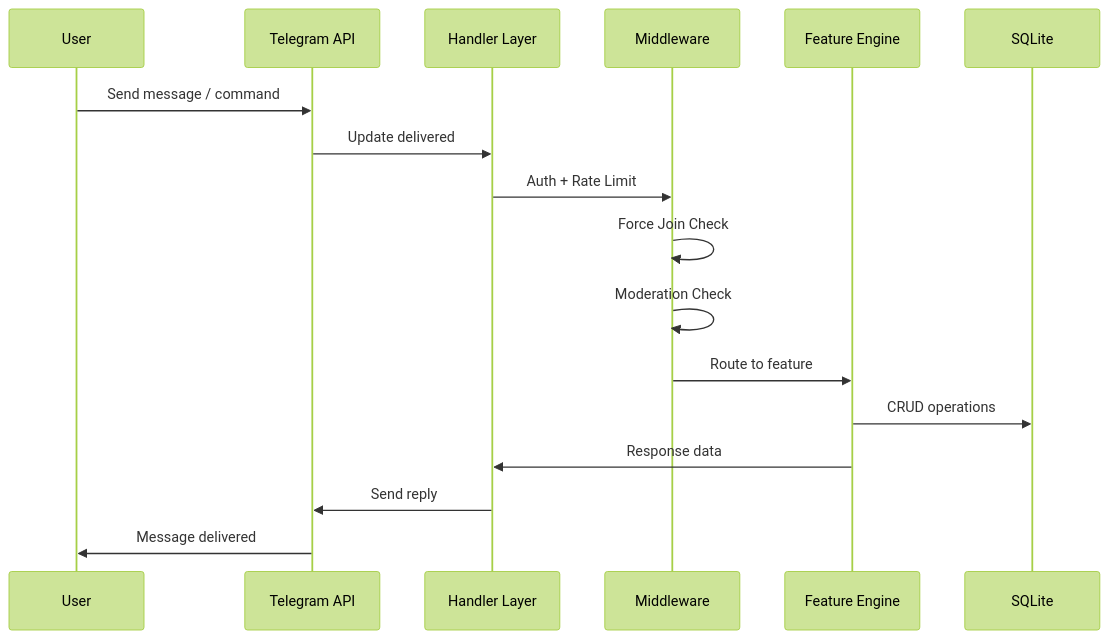
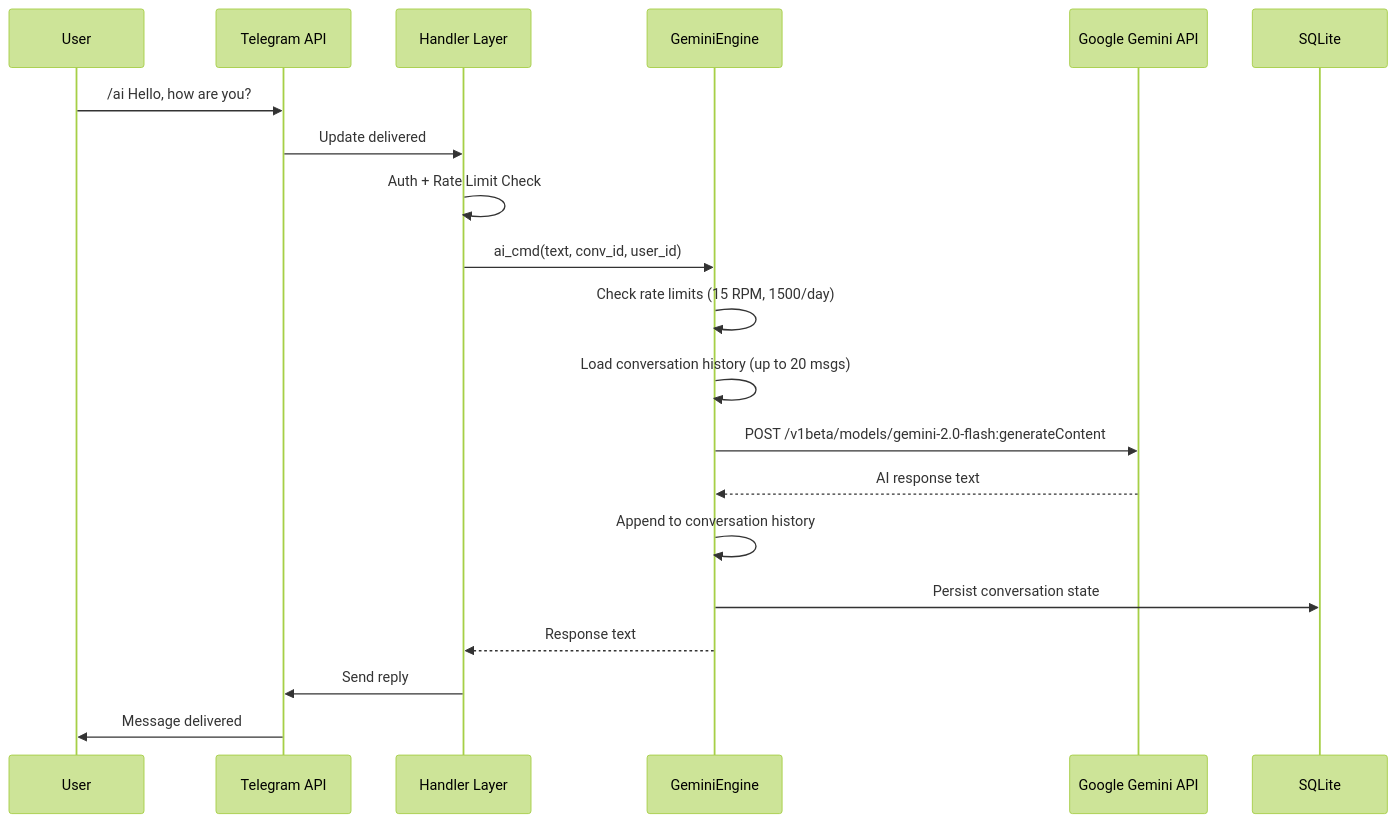
Before and after one commit to bot523h/nexus-ai-agent: the second of 6 diagrams in docs/architecture.md, drawn with Mermaid (forest theme). The commit also changed other lines of this file and 3 other files, not shown here.

First line of the commit message:
docs: update CHANGELOG, README, and architecture.md for v2.0.0

````diff
--- a/docs/architecture.md
+++ b/docs/architecture.md
@@ -80,20 +124,23 @@
 ```mermaid
 sequenceDiagram
     participant U as User
     participant T as Telegram API
     participant H as Handler Layer
-    participant M as Middleware
-    participant F as Feature Engine
+    participant GE as GeminiEngine
+    participant G as Google Gemini API
     participant DB as SQLite
 
-    U->>T: Send message / command
+    U->>T: /ai Hello, how are you?
     T->>H: Update delivered
-    H->>M: Auth + Rate Limit
-    M->>M: Force Join Check
-    M->>M: Moderation Check
-    M->>F: Route to feature
-    F->>DB: CRUD operations
-    F->>H: Response data
+    H->>H: Auth + Rate Limit Check
+    H->>GE: ai_cmd(text, conv_id, user_id)
+    GE->>GE: Check rate limits (15 RPM, 1500/day)
+    GE->>GE: Load conversation history (up to 20 msgs)
+    GE->>G: POST /v1beta/models/gemini-2.0-flash:generateContent
+    G-->>GE: AI response text
+    GE->>GE: Append to conversation history
+    GE->>DB: Persist conversation state
+    GE-->>H: Response text
     H->>T: Send reply
     T->>U: Message delivered
 ```
````
